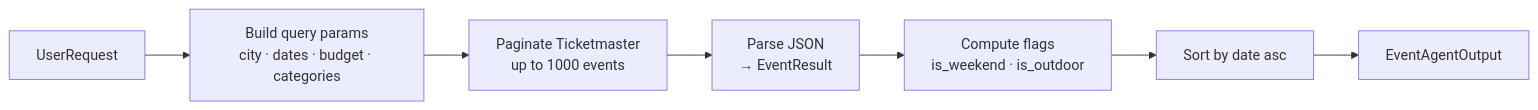
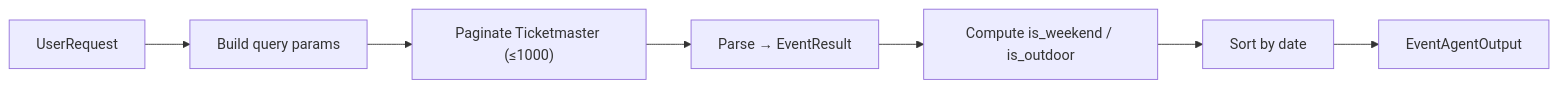
Before and after one commit to ritwiksharan/event-recommendor: the fourth of 9 diagrams in README.md, drawn with Mermaid. The commit also changed other lines of this file, not shown here.

First line of the commit message:
Fix mermaid diagrams: remove \n from labels, simplify sequence diagram

````diff
--- a/README.md
+++ b/README.md
@@ -339,9 +327,9 @@
 ```mermaid
 flowchart LR
-    req[UserRequest] --> params["Build query params\ncity · dates · budget · categories"]
-    params --> paginate["Paginate Ticketmaster\nup to 1000 events"]
-    paginate --> parse["Parse JSON\n→ EventResult"]
-    parse --> flags["Compute flags\nis_weekend · is_outdoor"]
-    flags --> sort[Sort by date asc]
+    req[UserRequest] --> params["Build query params"]
+    params --> paginate["Paginate Ticketmaster (≤1000)"]
+    paginate --> parse["Parse → EventResult"]
+    parse --> flags["Compute is_weekend / is_outdoor"]
+    flags --> sort[Sort by date]
     sort --> out[EventAgentOutput]
 ```
````
